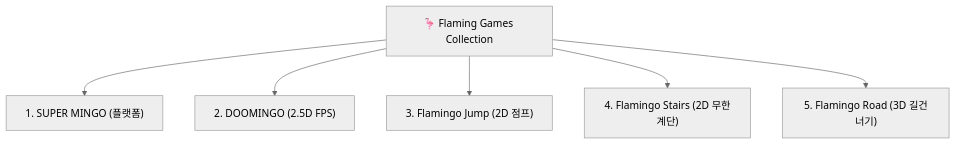
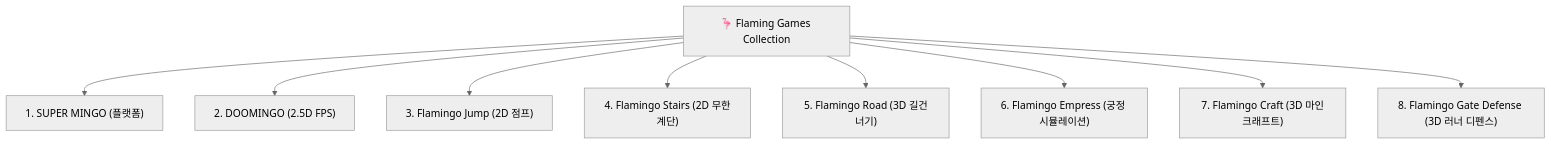
The diagram in README.md (flam-ing/flaming-games), drawn with Mermaid (neutral theme) before and after one commit. The commit also changed other lines of this file and 6 other files, not shown here.

Commit message:
Add flamingo-empress, flamingo-craft, and flamingo-gate-defense to the collection

````diff
--- a/README.md
+++ b/README.md
@@ -15,8 +15,11 @@
 ```mermaid
 graph TD
     A["🦩 Flaming Games Collection"] --> B["1. SUPER MINGO (플랫폼)"]
     A --> C["2. DOOMINGO (2.5D FPS)"]
     A --> D["3. Flamingo Jump (2D 점프)"]
     A --> E["4. Flamingo Stairs (2D 무한계단)"]
     A --> F["5. Flamingo Road (3D 길건너기)"]
+    A --> G["6. Flamingo Empress (궁정 시뮬레이션)"]
+    A --> H["7. Flamingo Craft (3D 마인크래프트)"]
+    A --> I["8. Flamingo Gate Defense (3D 러너 디펜스)"]
 ```
````
